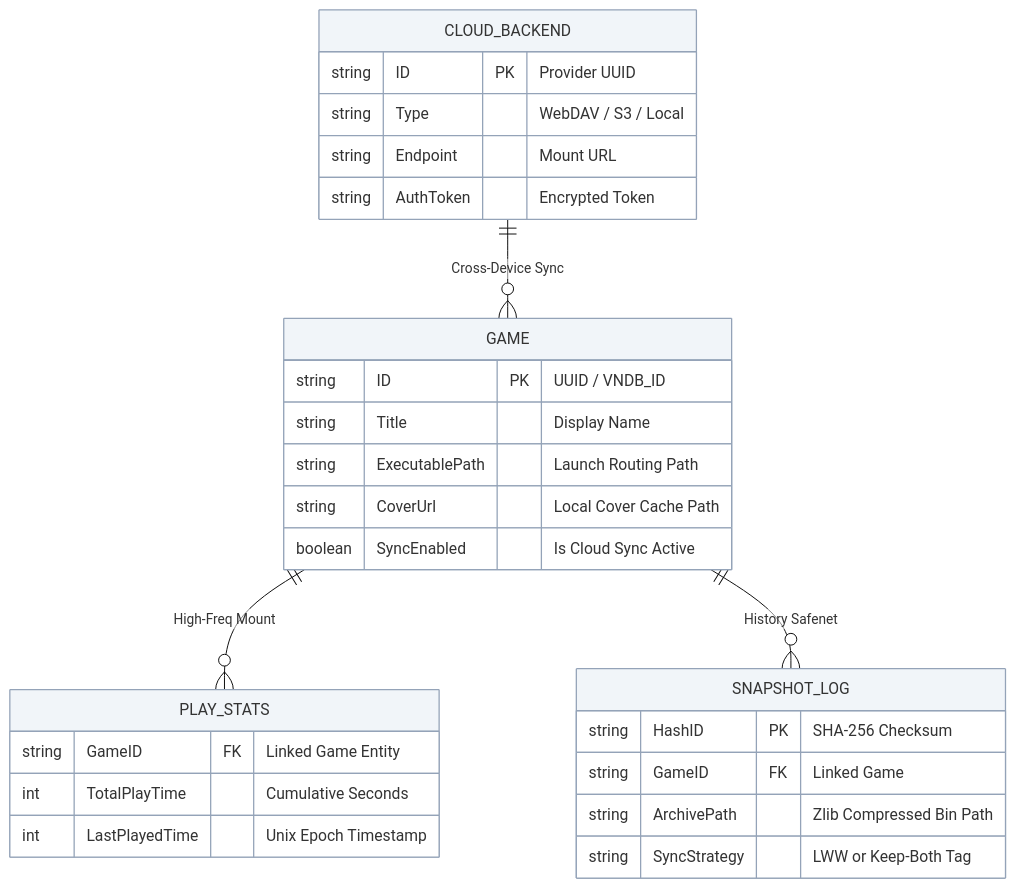
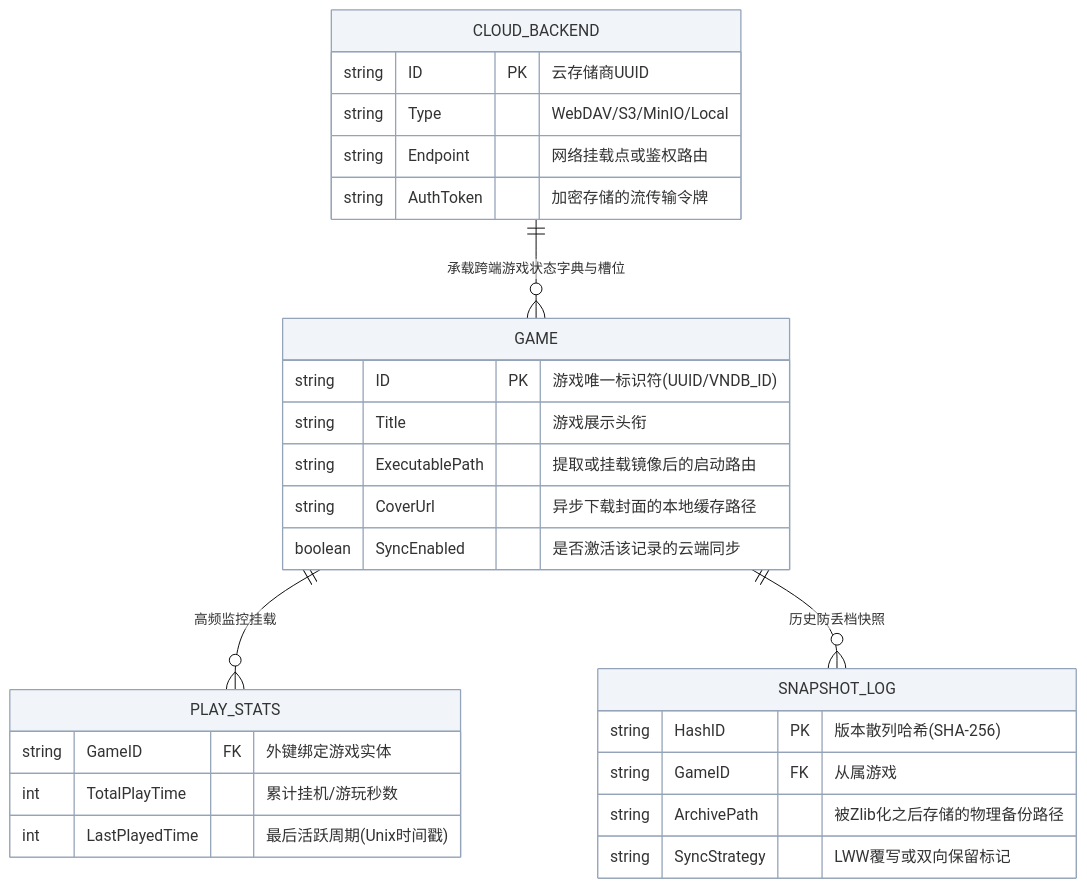
One commit to Roxy-DD/galremote changed the fifth of 5 diagrams in thesis/chapter4/system_design.md. Above: the diagram before and after it, drawn with Mermaid. The commit also changed other lines of this file, not shown here.

Commit message:
style(thesis): revert diagrams text to Chinese while keeping the flat academic style

````diff
--- a/thesis/chapter4/system_design.md
+++ b/thesis/chapter4/system_design.md
@@ -163,32 +163,32 @@
 ```mermaid
 %%{init: {'theme': 'base', 'themeVariables': { 'fontFamily': 'arial', 'primaryColor': '#F1F5F9', 'primaryBorderColor': '#94A3B8'}}}%%
 erDiagram
     GAME {
-        string ID PK "UUID / VNDB_ID"
-        string Title "Display Name"
-        string ExecutablePath "Launch Routing Path"
-        string CoverUrl "Local Cover Cache Path"
-        boolean SyncEnabled "Is Cloud Sync Active"
+        string ID PK "游戏唯一标识符(UUID/VNDB_ID)"
+        string Title "游戏展示头衔"
+        string ExecutablePath "提取或挂载镜像后的启动路由"
+        string CoverUrl "异步下载封面的本地缓存路径"
+        boolean SyncEnabled "是否激活该记录的云端同步"
     }
     PLAY_STATS {
-        string GameID FK "Linked Game Entity"
-        int TotalPlayTime "Cumulative Seconds"
-        int LastPlayedTime "Unix Epoch Timestamp"
+        string GameID FK "外键绑定游戏实体"
+        int TotalPlayTime "累计挂机/游玩秒数"
+        int LastPlayedTime "最后活跃周期(Unix时间戳)"
     }
     CLOUD_BACKEND {
-        string ID PK "Provider UUID"
-        string Type "WebDAV / S3 / Local"
-        string Endpoint "Mount URL"
-        string AuthToken "Encrypted Token"
+        string ID PK "云存储商UUID"
+        string Type "WebDAV/S3/MinIO/Local"
+        string Endpoint "网络挂载点或鉴权路由"
+        string AuthToken "加密存储的流传输令牌"
     }
     SNAPSHOT_LOG {
-        string HashID PK "SHA-256 Checksum"
-        string GameID FK "Linked Game"
-        string ArchivePath "Zlib Compressed Bin Path"
-        string SyncStrategy "LWW or Keep-Both Tag"
+        string HashID PK "版本散列哈希(SHA-256)"
+        string GameID FK "从属游戏"
+        string ArchivePath "被Zlib化之后存储的物理备份路径"
+        string SyncStrategy "LWW覆写或双向保留标记"
     }
 
-    GAME ||--o{ PLAY_STATS : "High-Freq Mount"
-    GAME ||--o{ SNAPSHOT_LOG : "History Safenet"
-    CLOUD_BACKEND ||--o{ GAME : "Cross-Device Sync"
+    GAME ||--o{ PLAY_STATS : "高频监控挂载"
+    GAME ||--o{ SNAPSHOT_LOG : "历史防丢档快照"
+    CLOUD_BACKEND ||--o{ GAME : "承载跨端游戏状态字典与槽位"
 ```
````
